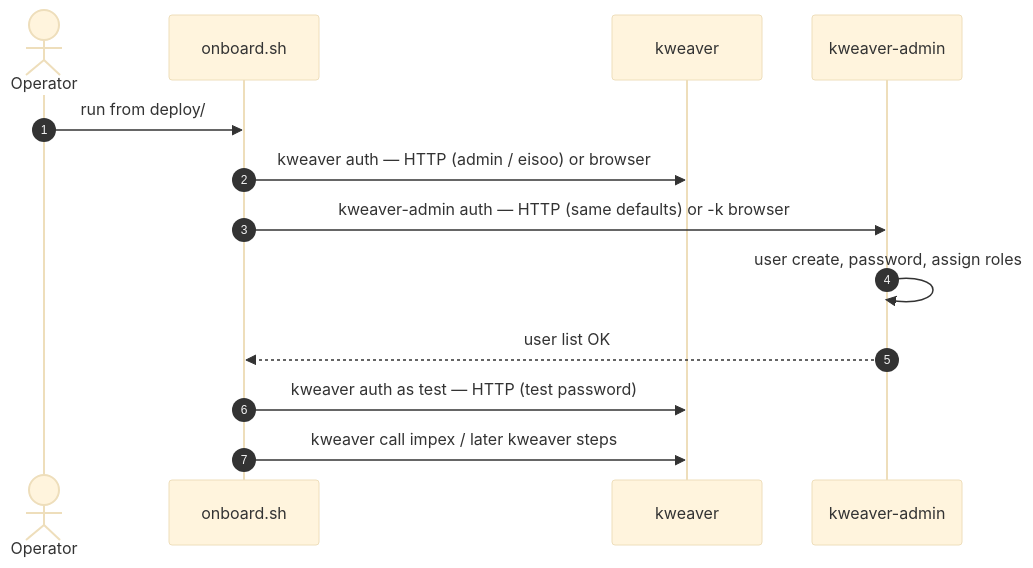
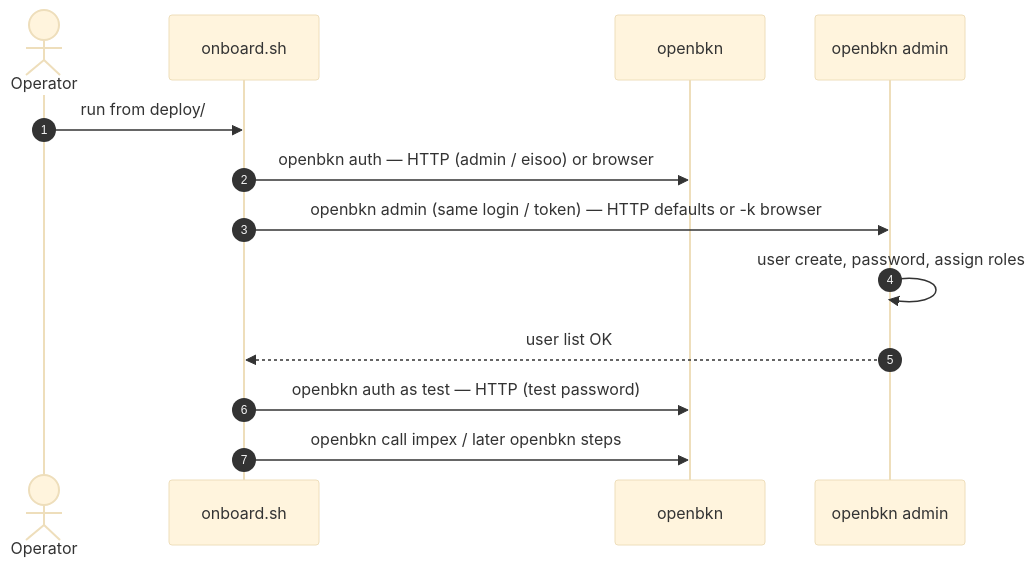
One commit to openbkn-ai/bkn-foundry changed the third of 3 diagrams in help/en/install.md. Above: the diagram before and after it, drawn with Mermaid (base theme). The commit also changed other lines of this file and 29 other files, not shown here.

````diff
--- a/help/en/install.md
+++ b/help/en/install.md
@@ -329,15 +329,15 @@
 ```mermaid
 sequenceDiagram
   autonumber
   actor U as Operator
   participant O as onboard.sh
-  participant K as kweaver
-  participant A as kweaver-admin
+  participant K as openbkn
+  participant A as openbkn admin
   U->>O: run from deploy/
-  O->>K: kweaver auth — HTTP (admin / eisoo) or browser
-  O->>A: kweaver-admin auth — HTTP (same defaults) or -k browser
+  O->>K: openbkn auth — HTTP (admin / eisoo) or browser
+  O->>A: openbkn admin (same login / token) — HTTP defaults or -k browser
   A->>A: user create, password, assign roles
   A-->>O: user list OK
-  O->>K: kweaver auth as test — HTTP (test password)
-  O->>K: kweaver call impex / later kweaver steps
+  O->>K: openbkn auth as test — HTTP (test password)
+  O->>K: openbkn call impex / later openbkn steps
 ```
````
